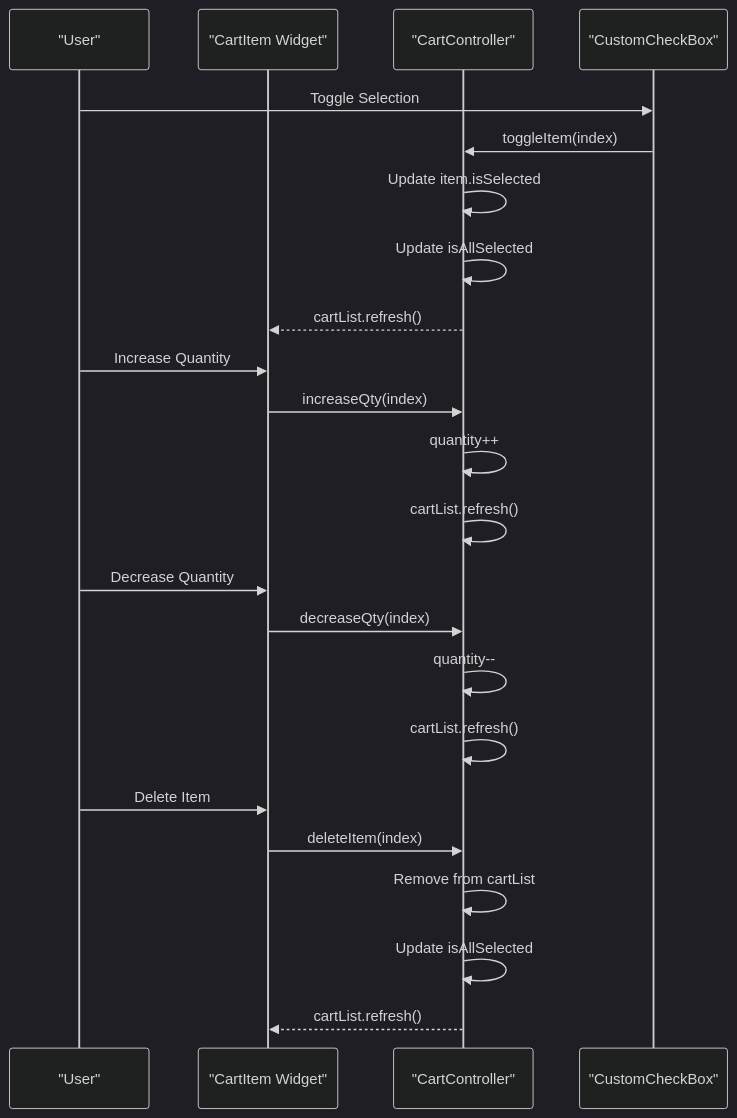
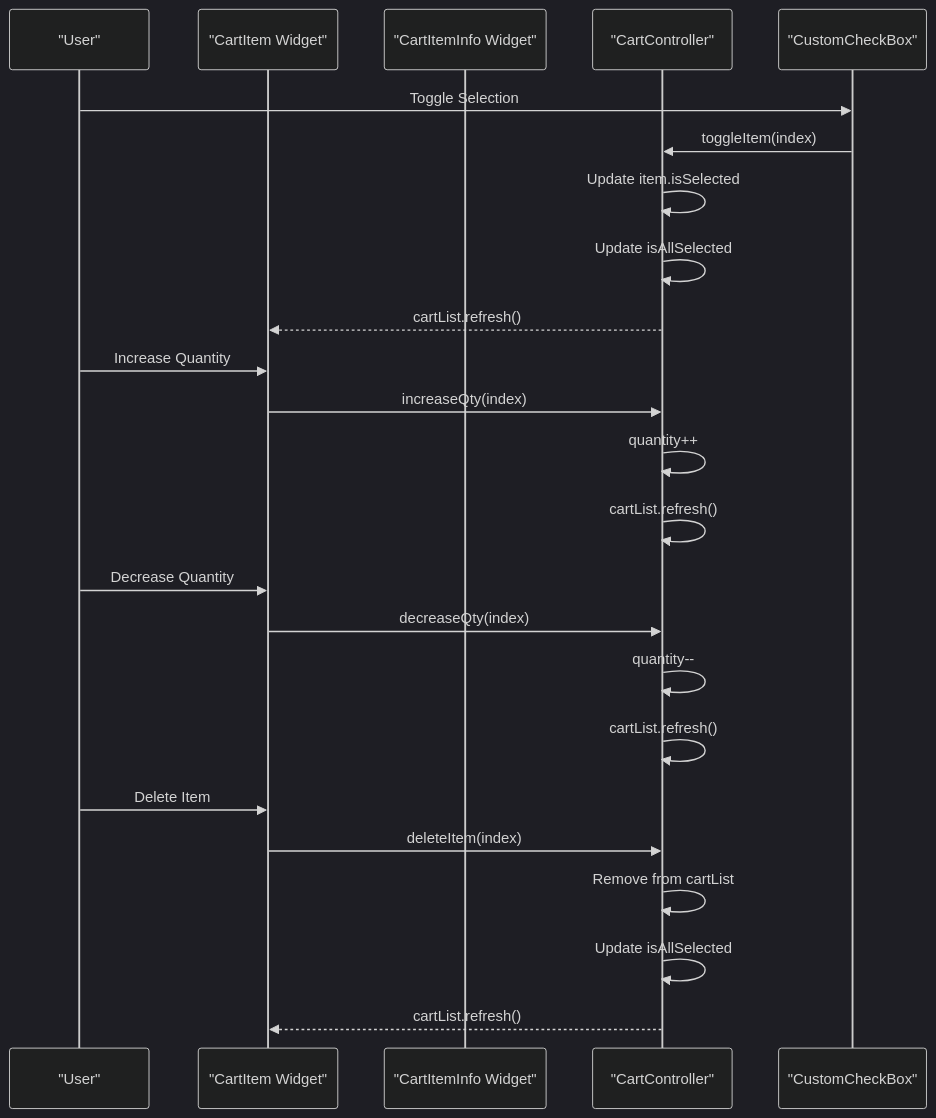
Before and after one commit to Ariful3111/FurniGo: the sixth of 13 diagrams in .qoder/repowiki/en/content/Core Features/E-commerce Platform/Shopping Cart System.md, drawn with Mermaid (dark theme). The commit also changed other lines of this file and 15 other files, not shown here.

````diff
--- a/.qoder/repowiki/en/content/Core Features/E-commerce Platform/Shopping Cart System.md
+++ b/.qoder/repowiki/en/content/Core Features/E-commerce Platform/Shopping Cart System.md
@@ -246,25 +345,26 @@
 ```mermaid
 sequenceDiagram
 participant User as "User"
 participant ItemWidget as "CartItem Widget"
+participant ItemInfo as "CartItemInfo Widget"
 participant Controller as "CartController"
 participant CheckBox as "CustomCheckBox"
 User->>CheckBox : Toggle Selection
 CheckBox->>Controller : toggleItem(index)
 Controller->>Controller : Update item.isSelected
 Controller->>Controller : Update isAllSelected
 Controller-->>ItemWidget : cartList.refresh()
 User->>ItemWidget : Increase Quantity
 ItemWidget->>Controller : increaseQty(index)
 Controller->>Controller : quantity++
 Controller->>Controller : cartList.refresh()
 User->>ItemWidget : Decrease Quantity
 ItemWidget->>Controller : decreaseQty(index)
 Controller->>Controller : quantity--
 Controller->>Controller : cartList.refresh()
 User->>ItemWidget : Delete Item
 ItemWidget->>Controller : deleteItem(index)
 Controller->>Controller : Remove from cartList
 Controller->>Controller : Update isAllSelected
 Controller-->>ItemWidget : cartList.refresh()
 ```
````
